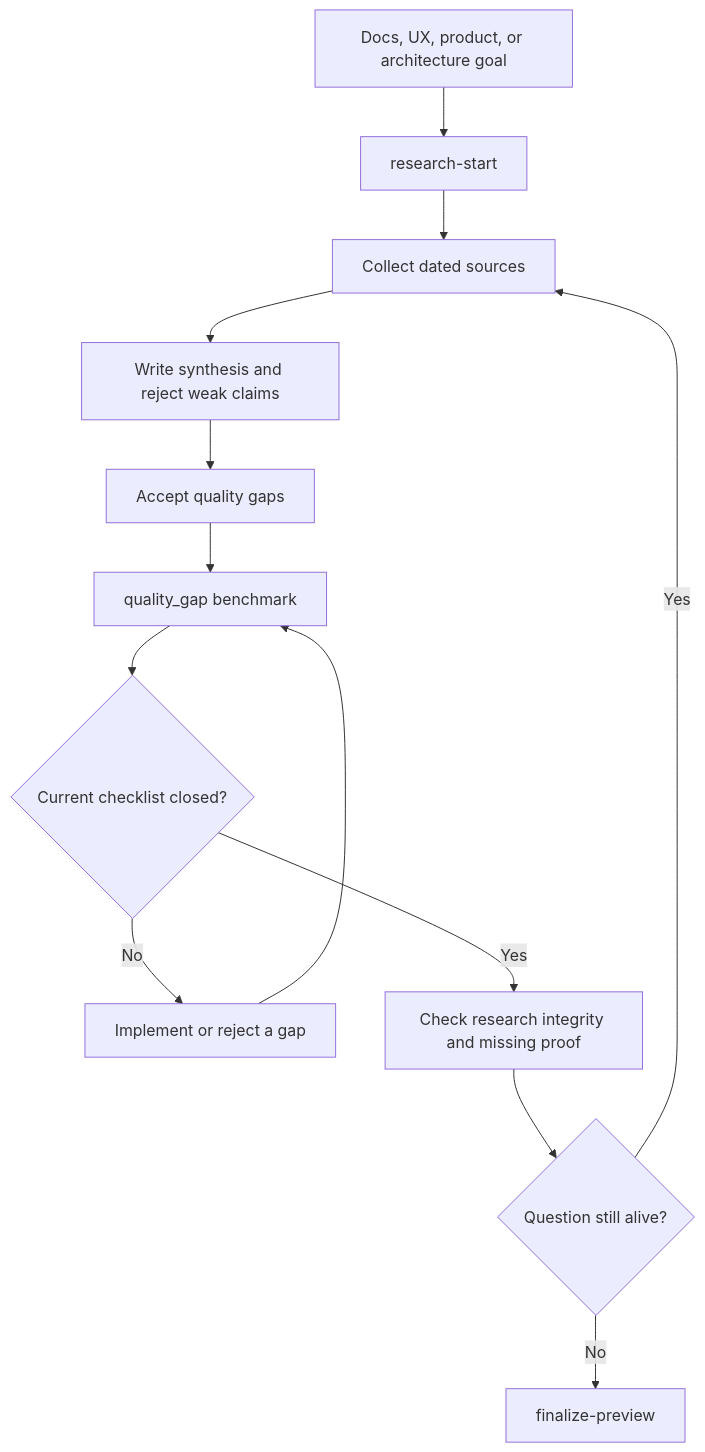
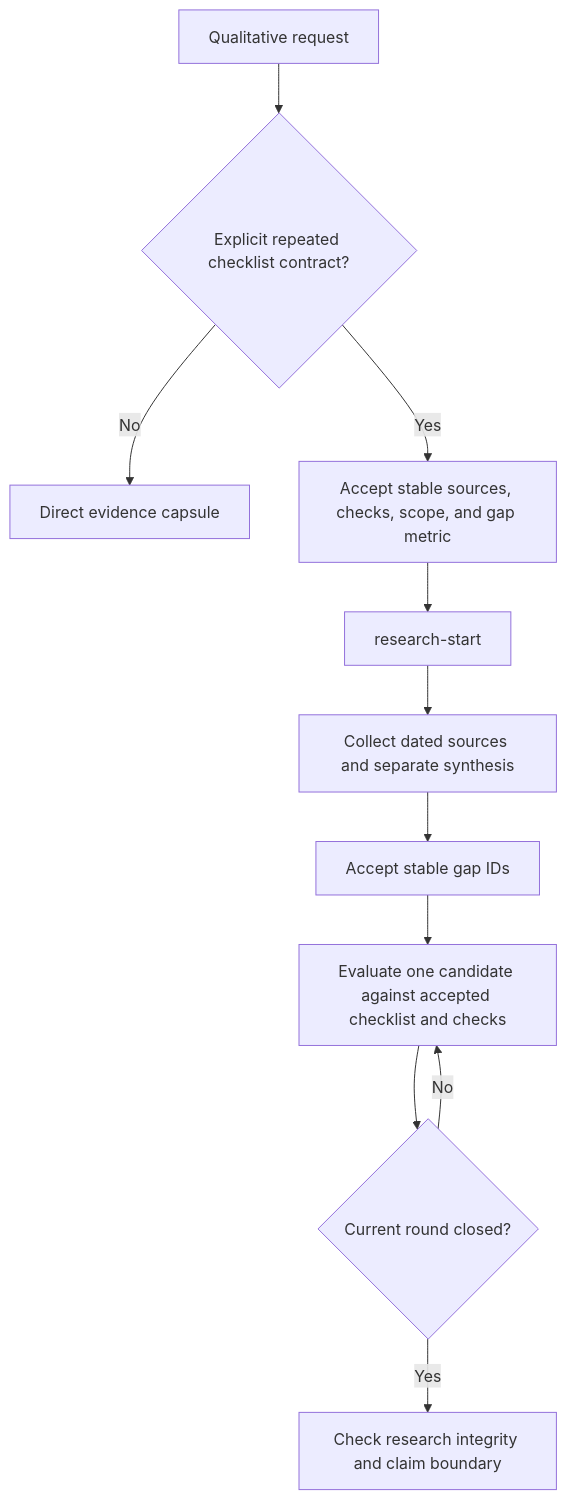
Before and after one commit to TheGreenCedar/codex-autoresearch: the fourth of 6 diagrams in plugins/codex-autoresearch/docs/workflows.md, drawn with Mermaid. The commit also changed other lines of this file and 28 other files, not shown here.

````diff
--- a/plugins/codex-autoresearch/docs/workflows.md
+++ b/plugins/codex-autoresearch/docs/workflows.md
@@ -44,15 +63,13 @@
 ```mermaid
 flowchart TD
-  A["Docs, UX, product, or architecture goal"] --> B["research-start"]
-  B --> C["Collect dated sources"]
-  C --> D["Write synthesis and reject weak claims"]
-  D --> E["Accept quality gaps"]
-  E --> F["quality_gap benchmark"]
-  F --> G{"Current checklist closed?"}
-  G -- "No" --> H["Implement or reject a gap"]
-  H --> F
-  G -- "Yes" --> I["Check research integrity and missing proof"]
-  I --> J{"Question still alive?"}
-  J -- "Yes" --> C
-  J -- "No" --> K["finalize-preview"]
+  A["Qualitative request"] --> B{"Explicit repeated checklist contract?"}
+  B -- "No" --> C["Direct evidence capsule"]
+  B -- "Yes" --> D["Accept stable sources, checks, scope, and gap metric"]
+  D --> E["research-start"]
+  E --> F["Collect dated sources and separate synthesis"]
+  F --> G["Accept stable gap IDs"]
+  G --> H["Evaluate one candidate against accepted checklist and checks"]
+  H --> I{"Current round closed?"}
+  I -- "No" --> H
+  I -- "Yes" --> J["Check research integrity and claim boundary"]
 ```
````
